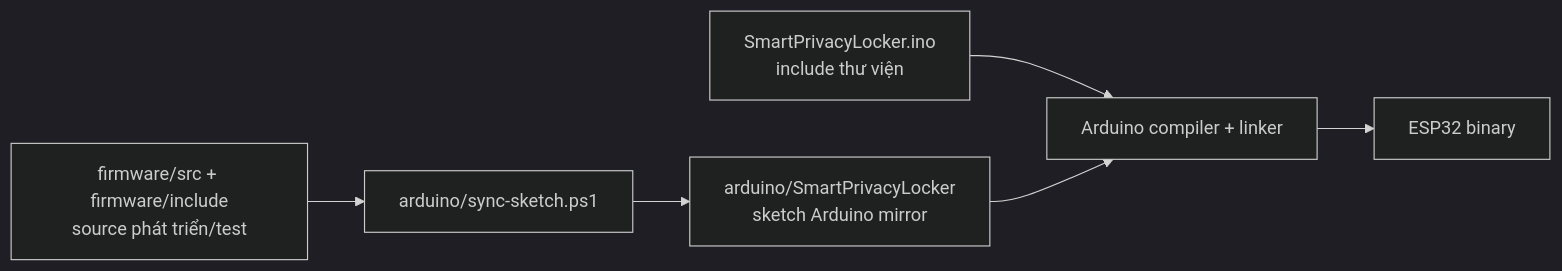
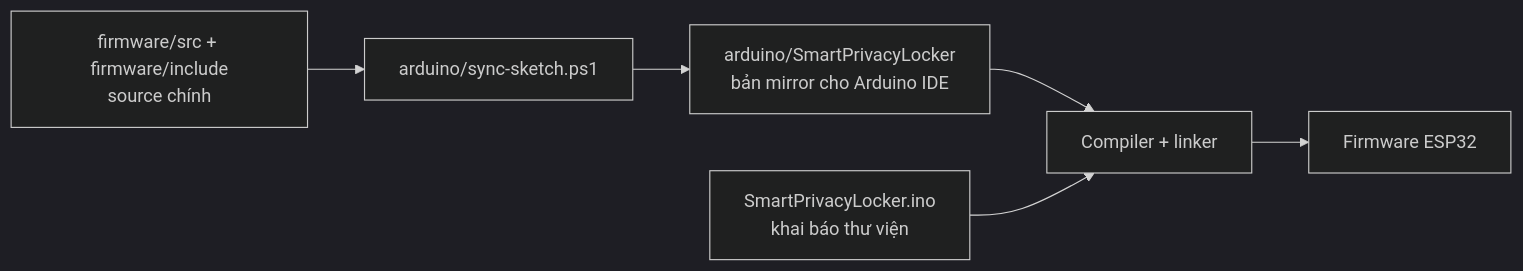
The fifth of 28 diagrams in ON_TAP_VAN_DAP_CHI_TIET.md (ThaiQuangHuy2906/smart-privacy-locker), drawn with Mermaid (dark theme) before and after one commit. The commit also changed other lines of this file and 25 other files, not shown here.

````diff
--- a/ON_TAP_VAN_DAP_CHI_TIET.md
+++ b/ON_TAP_VAN_DAP_CHI_TIET.md
@@ -466,13 +236,13 @@
 ```mermaid
 flowchart LR
-    P["firmware/src + firmware/include<br/>source phát triển/test"]
-    S["arduino/sync-sketch.ps1"]
-    A["arduino/SmartPrivacyLocker<br/>sketch Arduino mirror"]
-    I["SmartPrivacyLocker.ino<br/>include thư viện"]
-    C["Arduino compiler + linker"]
-    E["ESP32 binary"]
+    SRC["firmware/src + firmware/include<br/>source chính"]
+    SYNC["arduino/sync-sketch.ps1"]
+    MIRROR["arduino/SmartPrivacyLocker<br/>bản mirror cho Arduino IDE"]
+    INO["SmartPrivacyLocker.ino<br/>khai báo thư viện"]
+    BUILD["Compiler + linker"]
+    BIN["Firmware ESP32"]
 
-    P --> S --> A
-    I --> C
-    A --> C --> E
+    SRC --> SYNC --> MIRROR
+    MIRROR --> BUILD
+    INO --> BUILD --> BIN
 ```
````
